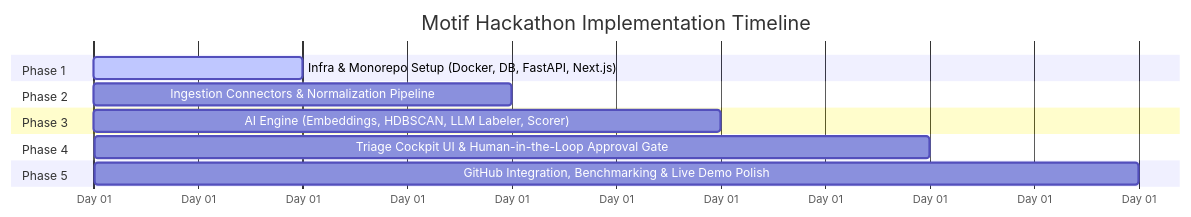
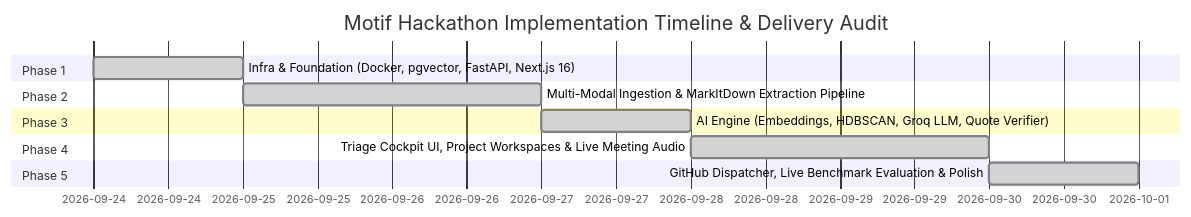
One commit to Abhishek-Deshmukh9/ASYNC-MOTIF changed the diagram in Phases.md. Above: the diagram before and after it, drawn with Mermaid. The commit also changed other lines of this file and 15 other files, not shown here.

````diff
--- a/Phases.md
+++ b/Phases.md
@@ -10,16 +10,15 @@
 ```mermaid
 gantt
-    title Motif Hackathon Implementation Timeline
-    dateFormat  X
-    axisFormat  Day %d
+    title Motif Hackathon Implementation Timeline & Delivery Audit
+    dateFormat  YYYY-MM-DD
     section Phase 1
-    Infra & Monorepo Setup (Docker, DB, FastAPI, Next.js) :active, p1, 0, 1
+    Infra & Foundation (Docker, pgvector, FastAPI, Next.js 16) :done, p1, 2026-09-24, 2026-09-25
     section Phase 2
-    Ingestion Connectors & Normalization Pipeline        :p2, 1, 2
+    Multi-Modal Ingestion & MarkItDown Extraction Pipeline       :done, p2, 2026-09-25, 2026-09-27
     section Phase 3
-    AI Engine (Embeddings, HDBSCAN, LLM Labeler, Scorer) :p3, 2, 3
+    AI Engine (Embeddings, HDBSCAN, Groq LLM, Quote Verifier)    :done, p3, 2026-09-27, 2026-09-28
     section Phase 4
-    Triage Cockpit UI & Human-in-the-Loop Approval Gate  :p4, 3, 4
+    Triage Cockpit UI, Project Workspaces & Live Meeting Audio   :done, p4, 2026-09-28, 2026-09-30
     section Phase 5
-    GitHub Integration, Benchmarking & Live Demo Polish  :p5, 4, 5
+    GitHub Dispatcher, Live Benchmark Evaluation & Polish        :done, p5, 2026-09-30, 2026-10-01
 ```
````
